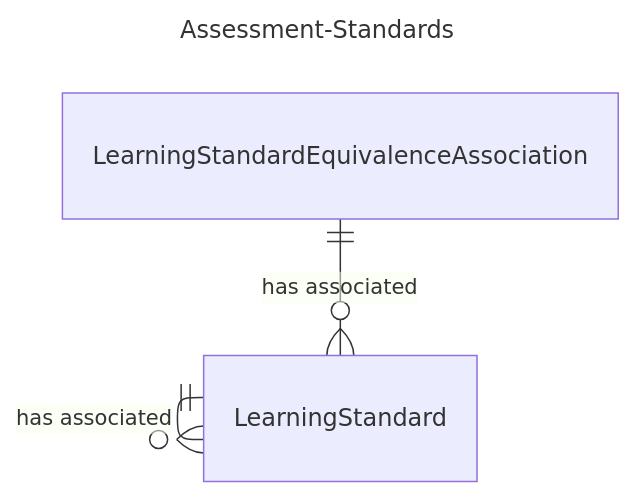
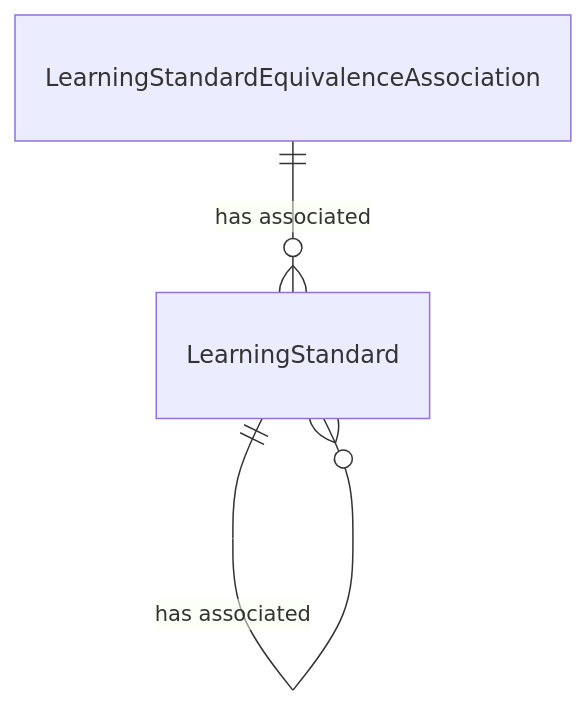
The diagram in dataStandard_versioned_docs/version-6/model-reference/assessment-domain/Assessment-Standards-simple.mmd (Ed-Fi-Alliance-OSS/ed-fi-alliance-oss.github.io), drawn with Mermaid before and after one commit. The commit also changed 132 other files, not shown here.

```diff
--- a/dataStandard_versioned_docs/version-6/model-reference/assessment-domain/Assessment-Standards-simple.mmd
+++ b/dataStandard_versioned_docs/version-6/model-reference/assessment-domain/Assessment-Standards-simple.mmd
@@ -1,12 +1,7 @@
----
-title: Assessment-Standards
-config:
-  layout: elk
----
 erDiagram
     LearningStandard {
     }
     LearningStandardEquivalenceAssociation {
     }
     LearningStandard ||--o{ LearningStandard : "has associated"
     LearningStandardEquivalenceAssociation ||--o{ LearningStandard : "has associated"
```
